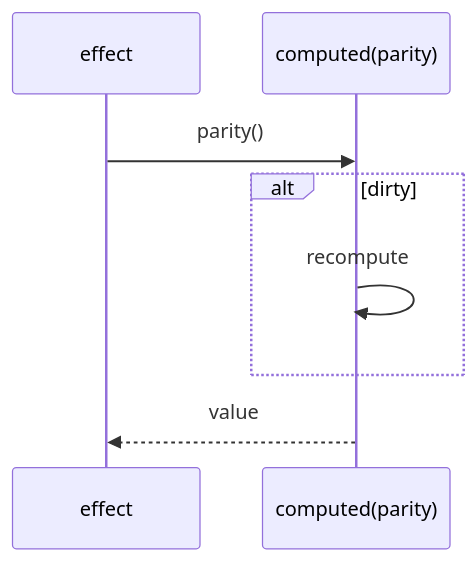
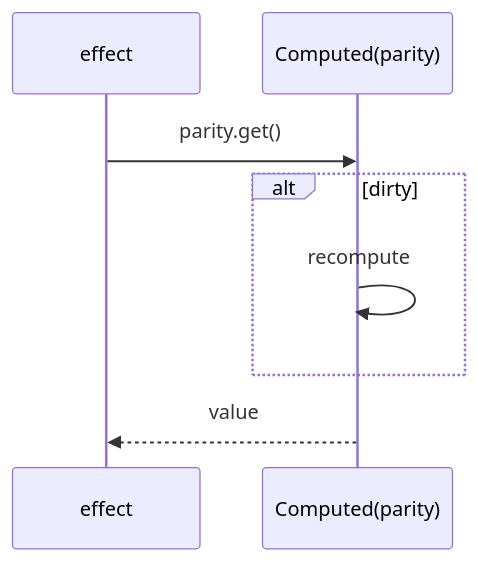
One commit to nishitaku/frontend-phpcon-do-slide changed the third of 3 diagrams in docs/slide.md. Above: the diagram before and after it, drawn with Mermaid. The commit also changed other lines of this file and 4 other files, not shown here.

```diff
--- a/docs/slide.md
+++ b/docs/slide.md
@@ -393,13 +414,13 @@
 <pre class="mermaid">
 sequenceDiagram
     participant E as effect
-    participant C as computed(parity)
+    participant C as Computed(parity)
 
-    E->>C: parity()
+    E->>C: parity.get()
 
     alt dirty
         C->>C: recompute
     end
 
     C-->>E: value
 </pre>
```
